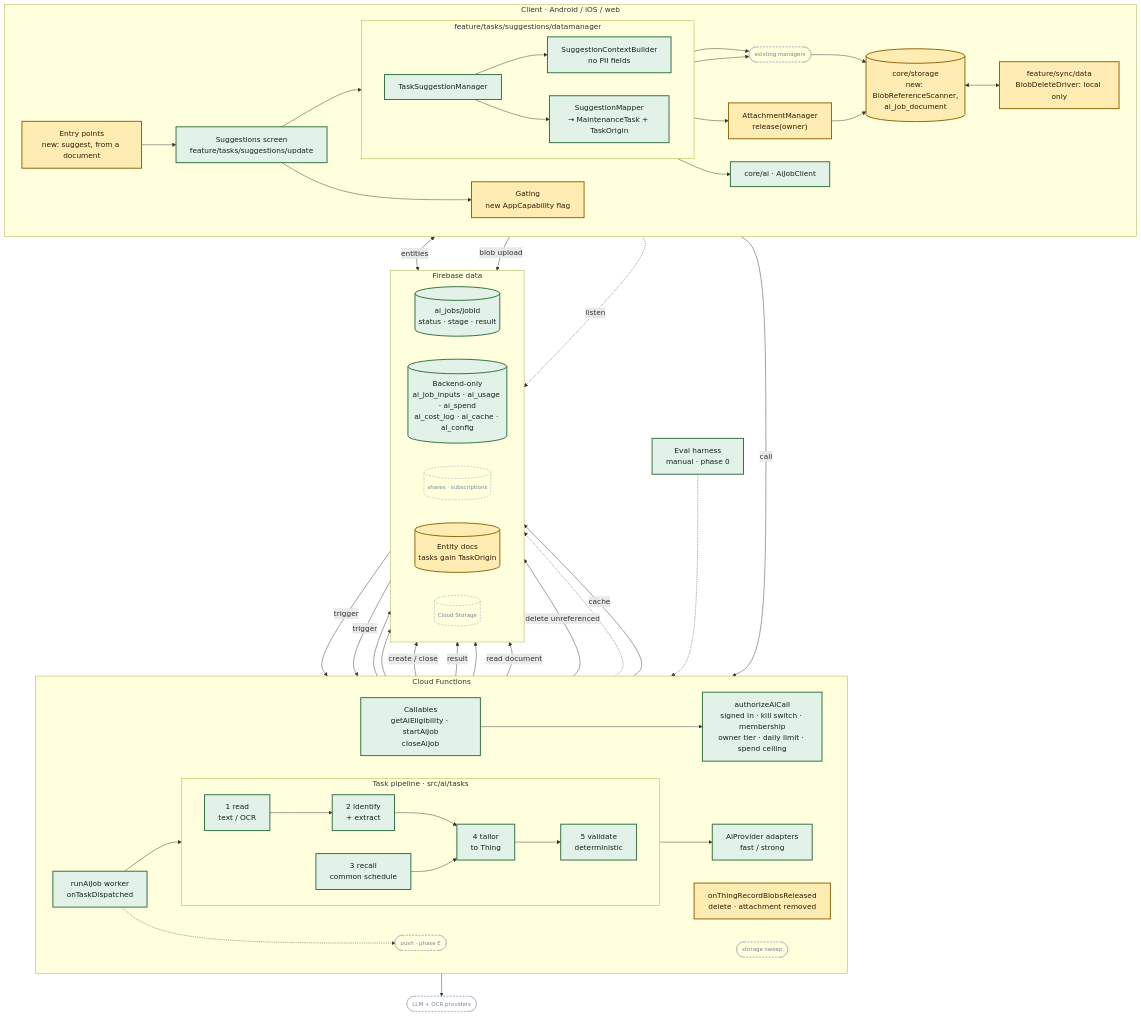
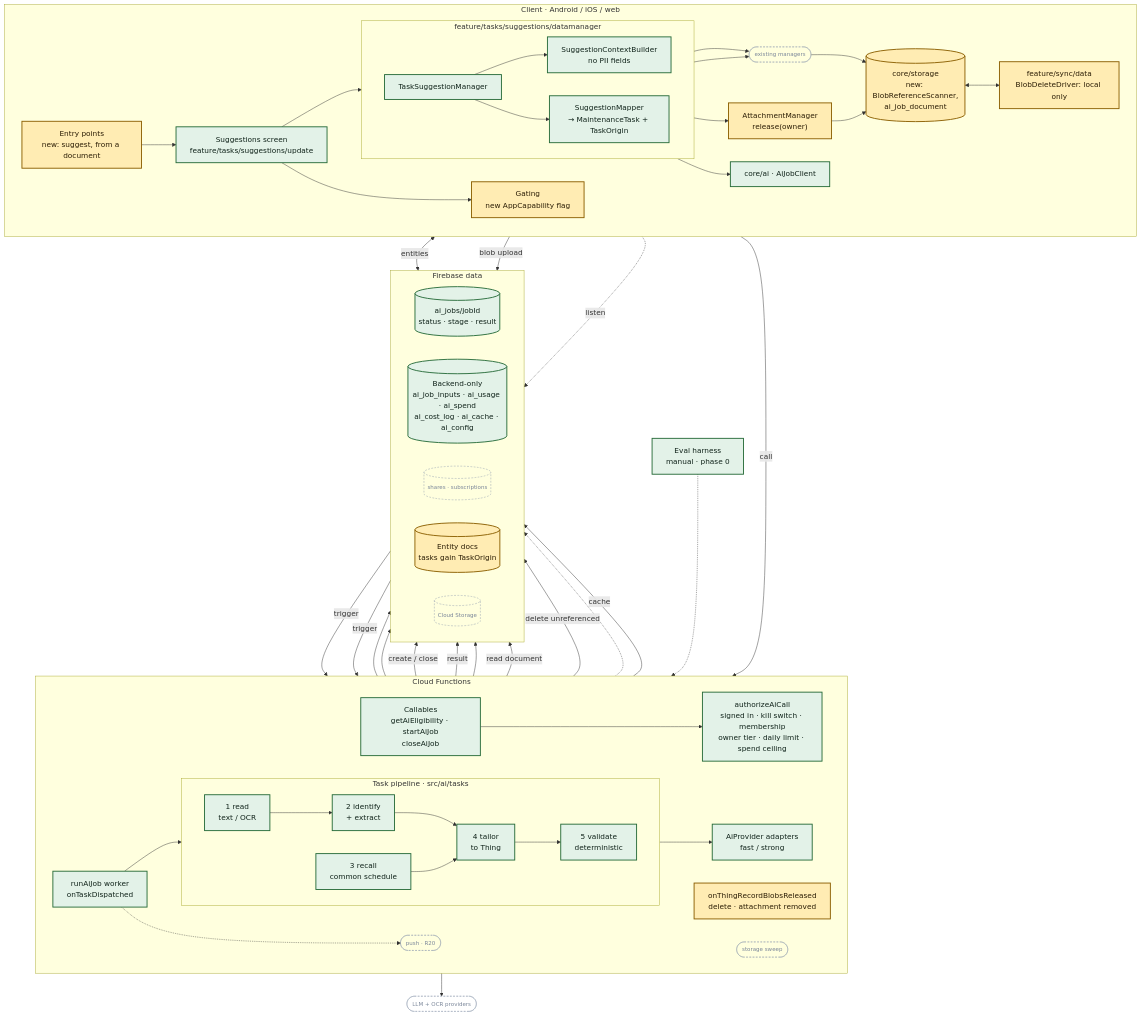
The diagram in docs/ai/task_population_design.md (fz172/squawkit), drawn with Mermaid before and after one commit. The commit also changed other lines of this file and 1 other file, not shown here.

First line of the commit message:
Make the finished-run push P0 and lock a Thing to its in-flight run

```diff
--- a/docs/ai/task_population_design.md
+++ b/docs/ai/task_population_design.md
@@ -75,7 +75,7 @@
     Prov["AiProvider adapters<br/>fast / strong"]
     Release["onThingRecordBlobsReleased<br/>delete · attachment removed"]
     Sweep(["storage sweep"])
-    Push(["push · phase E"])
+    Push(["push · R20"])
   end
 
   subgraph Data["Firebase data"]
```
